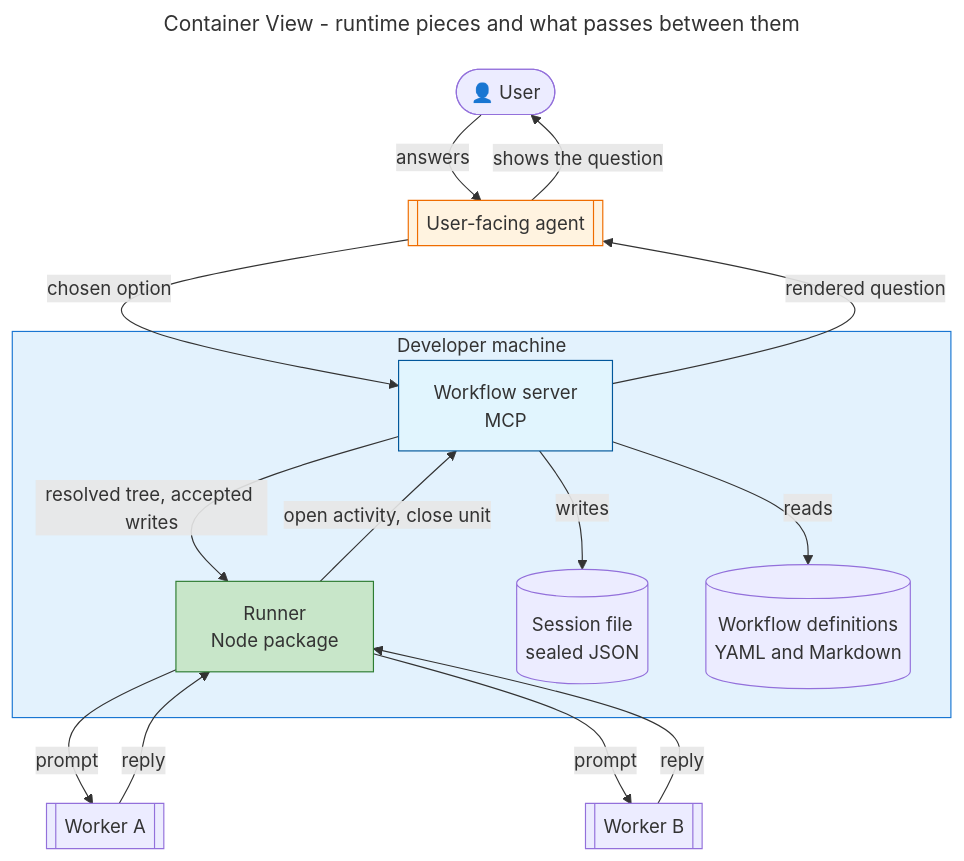
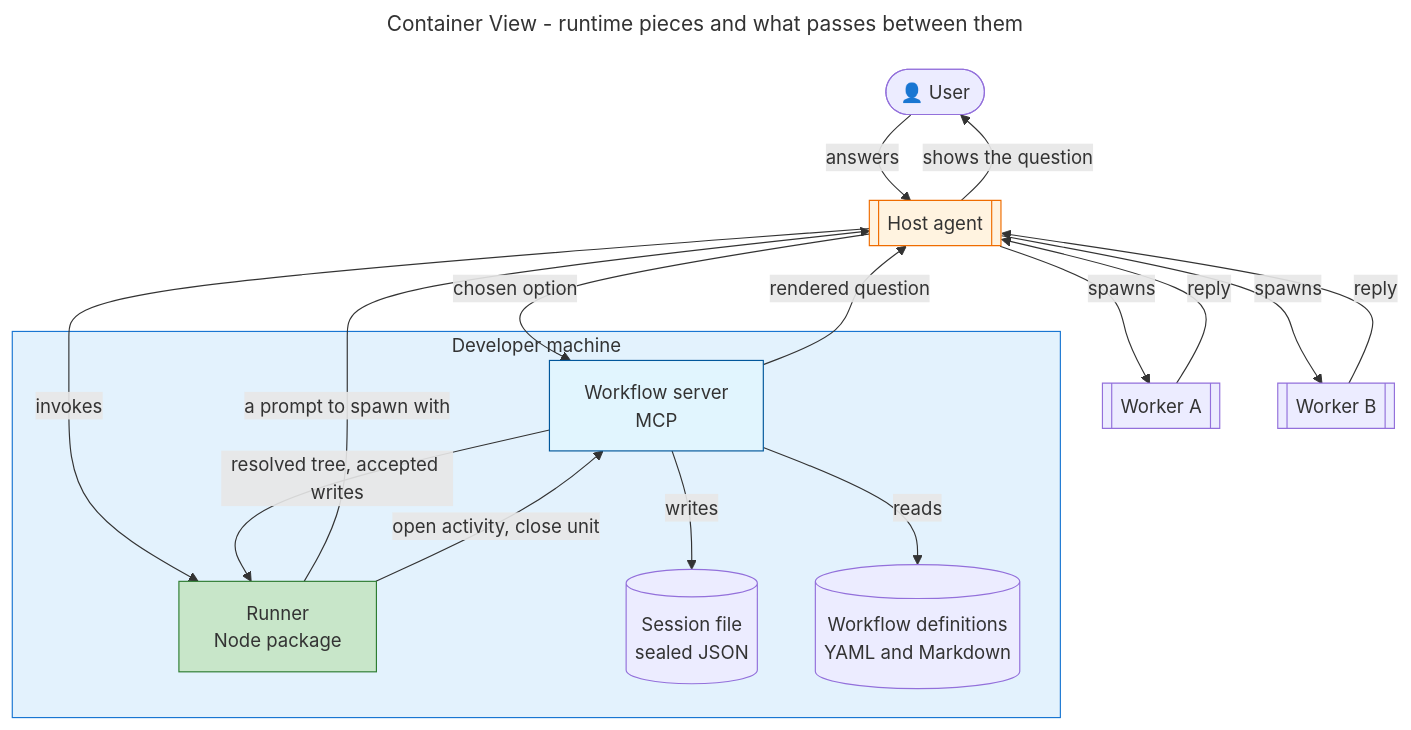
Before and after one commit to m2ux/workflow-server: the third of 15 diagrams in artifacts/planning/2026-08-28-runner-execution-protocol/README.md, drawn with Mermaid. The commit also changed other lines of this file, not shown here.

````diff
--- a/artifacts/planning/2026-08-28-runner-execution-protocol/README.md
+++ b/artifacts/planning/2026-08-28-runner-execution-protocol/README.md
@@ -176,36 +177,38 @@
 ```mermaid
 ---
 title: Container View - runtime pieces and what passes between them
 ---
 flowchart TB
     User([👤 User])
-    Facing[[User-facing agent]]
+    Facing[[Host agent]]
 
     subgraph Host [Developer machine]
         Server[Workflow server<br/>MCP]
         Runner[Runner<br/>Node package]
         Session[(Session file<br/>sealed JSON)]
         Corpus[(Workflow definitions<br/>YAML and Markdown)]
     end
 
     Agent1[[Worker A]]
     Agent2[[Worker B]]
 
     User -->|answers| Facing
     Facing -->|shows the question| User
     Facing -->|chosen option| Server
     Server -->|rendered question| Facing
+    Facing -->|invokes| Runner
+    Runner -->|a prompt to spawn with| Facing
     Server -->|resolved tree, accepted writes| Runner
     Runner -->|open activity, close unit| Server
     Server -->|writes| Session
     Server -->|reads| Corpus
-    Runner -->|prompt| Agent1
-    Runner -->|prompt| Agent2
-    Agent1 -->|reply| Runner
-    Agent2 -->|reply| Runner
+    Facing -->|spawns| Agent1
+    Facing -->|spawns| Agent2
+    Agent1 -->|reply| Facing
+    Agent2 -->|reply| Facing
 
     style Host fill:#e3f2fd,stroke:#1976d2
     style Runner fill:#c8e6c9,stroke:#2e7d32
     style Server fill:#e1f5fe,stroke:#01579b
     style Facing fill:#fff3e0,stroke:#ef6c00
 ```
````
